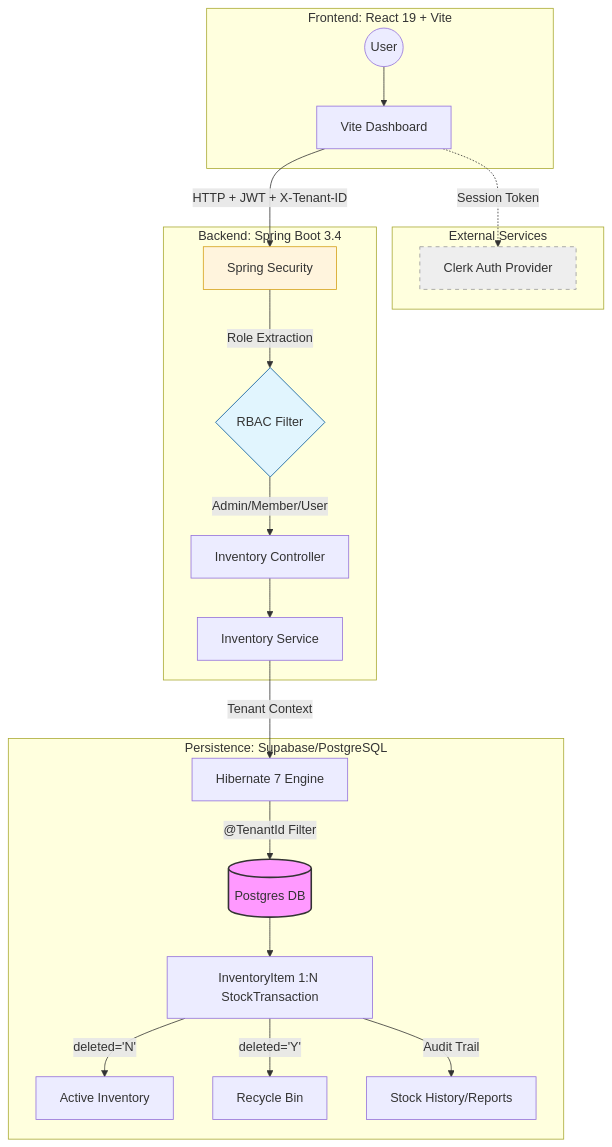
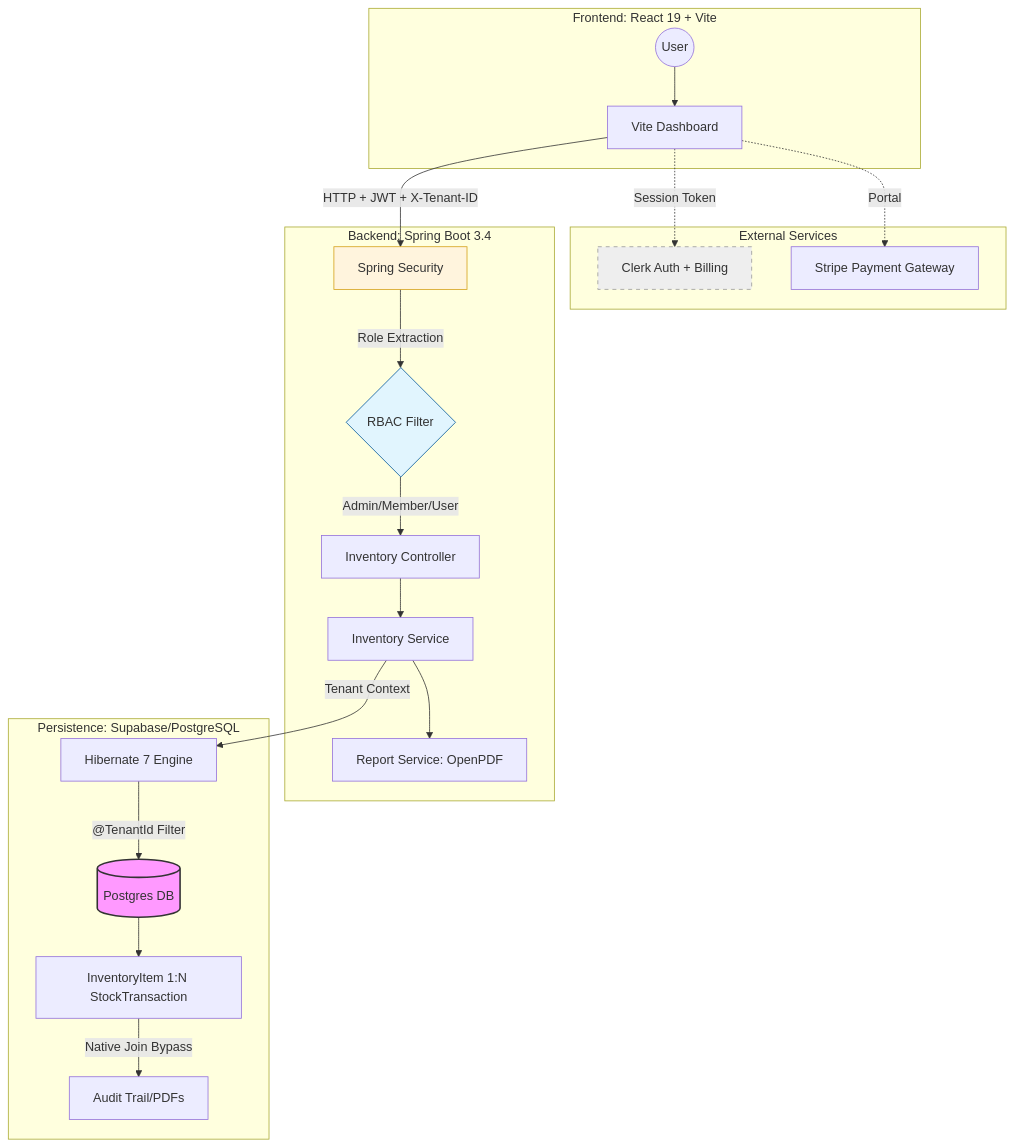
The diagram in README.md (SaaammmyyyS/stack-inventory-manager), drawn with Mermaid before and after one commit. The commit also changed other lines of this file, not shown here.

First line of the commit message:
Revise README for clarity on features and architecture

````diff
--- a/README.md
+++ b/README.md
@@ -11,32 +11,33 @@
 ```mermaid
 graph TD
     subgraph External [External Services]
-        Clerk[Clerk Auth Provider]
+        Clerk[Clerk Auth + Billing]
+        Stripe[Stripe Payment Gateway]
     end
 
     subgraph Client_Layer [Frontend: React 19 + Vite]
         User((User)) --> WebApp[Vite Dashboard]
         WebApp -.->|Session Token| Clerk
+        WebApp -.->|Portal| Stripe
     end
 
     subgraph API_Layer [Backend: Spring Boot 3.4]
         WebApp -- "HTTP + JWT + X-Tenant-ID" --> Gateway[Spring Security]
         Gateway -- "Role Extraction" --> RBAC{RBAC Filter}
         RBAC -- "Admin/Member/User" --> Controller[Inventory Controller]
         Controller --> Service[Inventory Service]
+        Service --> ReportSvc[Report Service: OpenPDF]
     end
 
     subgraph Data_Layer [Persistence: Supabase/PostgreSQL]
         Service -- "Tenant Context" --> Hibernate[Hibernate 7 Engine]
         Hibernate -- "@TenantId Filter" --> DB[(Postgres DB)]
         DB --> Entities[InventoryItem 1:N StockTransaction]
-        Entities -- "deleted='N'" --> Active[Active Inventory]
-        Entities -- "deleted='Y'" --> Trash[Recycle Bin]
-        Entities -- "Audit Trail" --> History[Stock History/Reports]
+        Entities -- "Native Join Bypass" --> History[Audit Trail/PDFs]
     end
 
     style DB fill:#f9f,stroke:#333,stroke-width:2px
     style Gateway fill:#fff4dd,stroke:#d4a017
     style RBAC fill:#e1f5fe,stroke:#01579b
     style Clerk fill:#eee,stroke:#999,stroke-dasharray: 5 5
 ```
````
